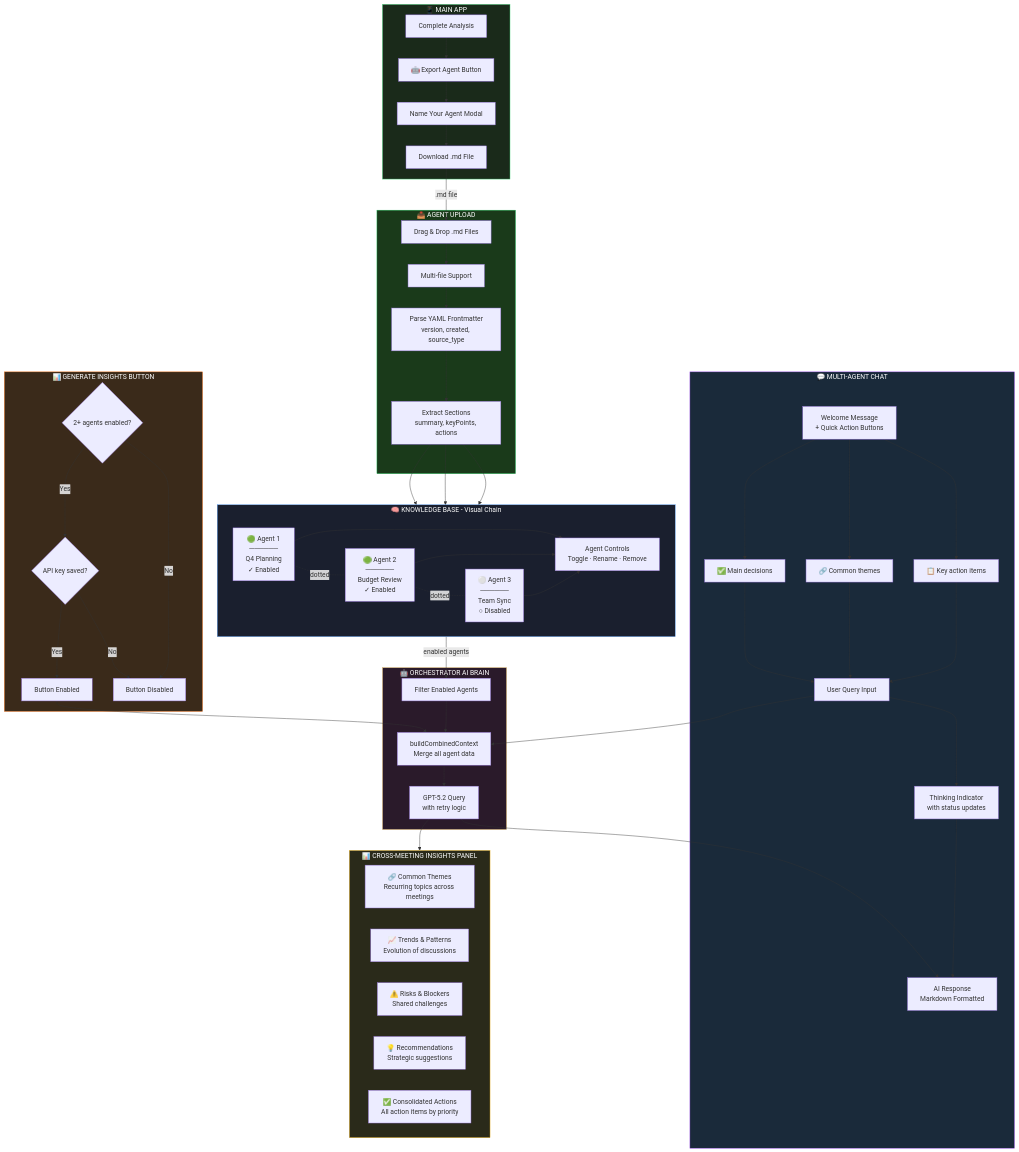
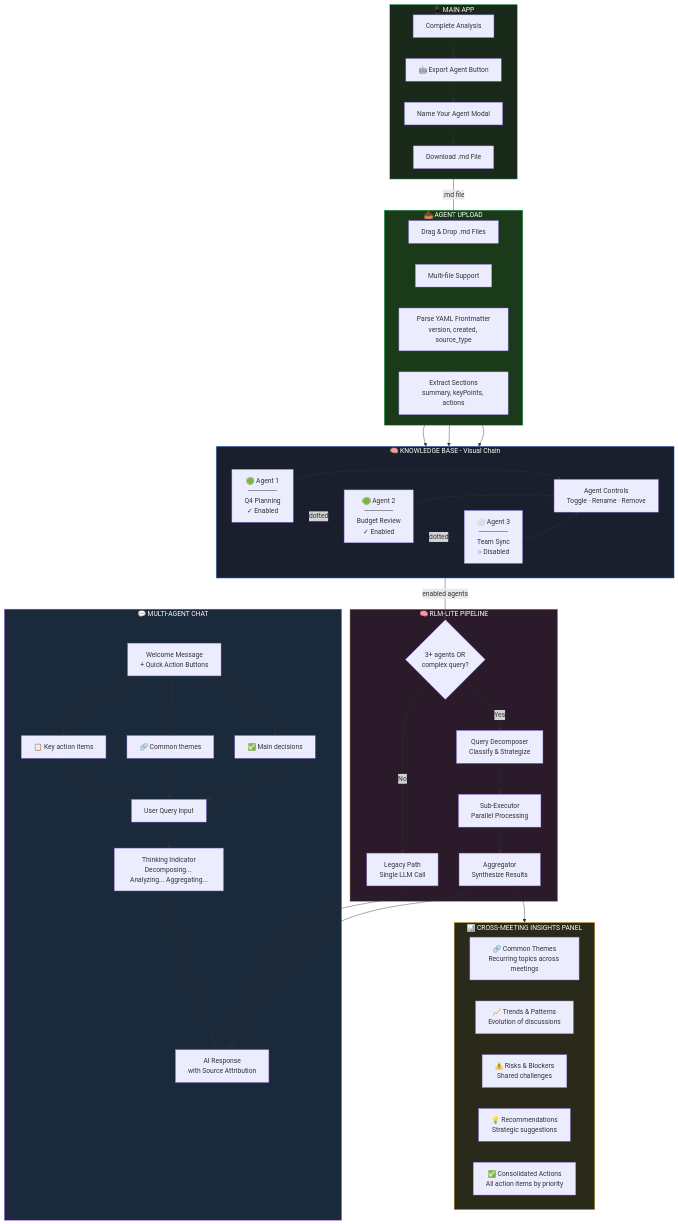
One commit to mjamiv/vox2txt changed the second of 3 diagrams in README.md. Above: the diagram before and after it, drawn with Mermaid. The commit also changed other lines of this file and 1 other file, not shown here.

First line of the commit message:
docs: Update Mermaid diagrams for main app and orchestrator

````diff
--- a/README.md
+++ b/README.md
@@ -116,17 +116,19 @@
         K1["🟢 Agent 1<br/>──────<br/>Q4 Planning<br/>✓ Enabled"]
         K2["🟢 Agent 2<br/>──────<br/>Budget Review<br/>✓ Enabled"]
         K3["⚪ Agent 3<br/>──────<br/>Team Sync<br/>○ Disabled"]
-        
+
         K1 -.-|dotted| K2
         K2 -.-|dotted| K3
-        
+
         KC[Agent Controls<br/>Toggle · Rename · Remove]
     end
 
-    subgraph Orchestrator["🤖 ORCHESTRATOR AI BRAIN"]
-        O1[Filter Enabled Agents]
-        O2[buildCombinedContext<br/>Merge all agent data]
-        O3[GPT-5.2 Query<br/>with retry logic]
+    subgraph RLM["🧠 RLM-LITE PIPELINE"]
+        R1{3+ agents OR<br/>complex query?}
+        R2[Legacy Path<br/>Single LLM Call]
+        R3[Query Decomposer<br/>Classify & Strategize]
+        R4[Sub-Executor<br/>Parallel Processing]
+        R5[Aggregator<br/>Synthesize Results]
     end
 
     subgraph Chat["💬 MULTI-AGENT CHAT"]
@@ -135,15 +137,8 @@
         C2[🔗 Common themes]
         C3[✅ Main decisions]
         C4[User Query Input]
-        C5[Thinking Indicator<br/>with status updates]
-        C6[AI Response<br/>Markdown Formatted]
-    end
-
-    subgraph Button["📊 GENERATE INSIGHTS BUTTON"]
-        B1{2+ agents enabled?}
-        B2{API key saved?}
-        B3[Button Enabled]
-        B4[Button Disabled]
+        C5[Thinking Indicator<br/>Decomposing... Analyzing... Aggregating...]
+        C6[AI Response<br/>with Source Attribution]
     end
 
     subgraph Insights["📊 CROSS-MEETING INSIGHTS PANEL"]
@@ -158,29 +153,24 @@
     U1 --> U2 --> U3 --> U4
     U4 --> K1 & K2 & K3
     K1 & K2 & K3 --> KC
-    
-    KC -->|enabled agents| O1
-    O1 --> O2 --> O3
-    
+
+    KC -->|enabled agents| R1
+    R1 -->|No| R2
+    R1 -->|Yes| R3
+    R3 --> R4 --> R5
+    R2 --> C6
+    R5 --> C6
+
     C0 --> C1 & C2 & C3
     C1 & C2 & C3 --> C4
     C4 --> C5 --> C6
-    C4 --> O2
-    O3 --> C6
-    
-    B1 -->|Yes| B2
-    B1 -->|No| B4
-    B2 -->|Yes| B3
-    B2 -->|No| B4
-    B3 --> O2
-    
-    O3 --> Insights
+
+    R5 --> Insights
 
     style MainApp fill:#1a2a1a,stroke:#4ade80,color:#fff
     style Upload fill:#1a3a1a,stroke:#22c55e,color:#fff
     style KB fill:#1a1f2e,stroke:#60a5fa,color:#fff
-    style Orchestrator fill:#2a1a2a,stroke:#d4a853,color:#fff
+    style RLM fill:#2a1a2a,stroke:#d4a853,color:#fff
     style Chat fill:#1a2a3a,stroke:#a855f7,color:#fff
-    style Button fill:#3a2a1a,stroke:#f97316,color:#fff
     style Insights fill:#2a2a1a,stroke:#fbbf24,color:#fff
 ```
````
